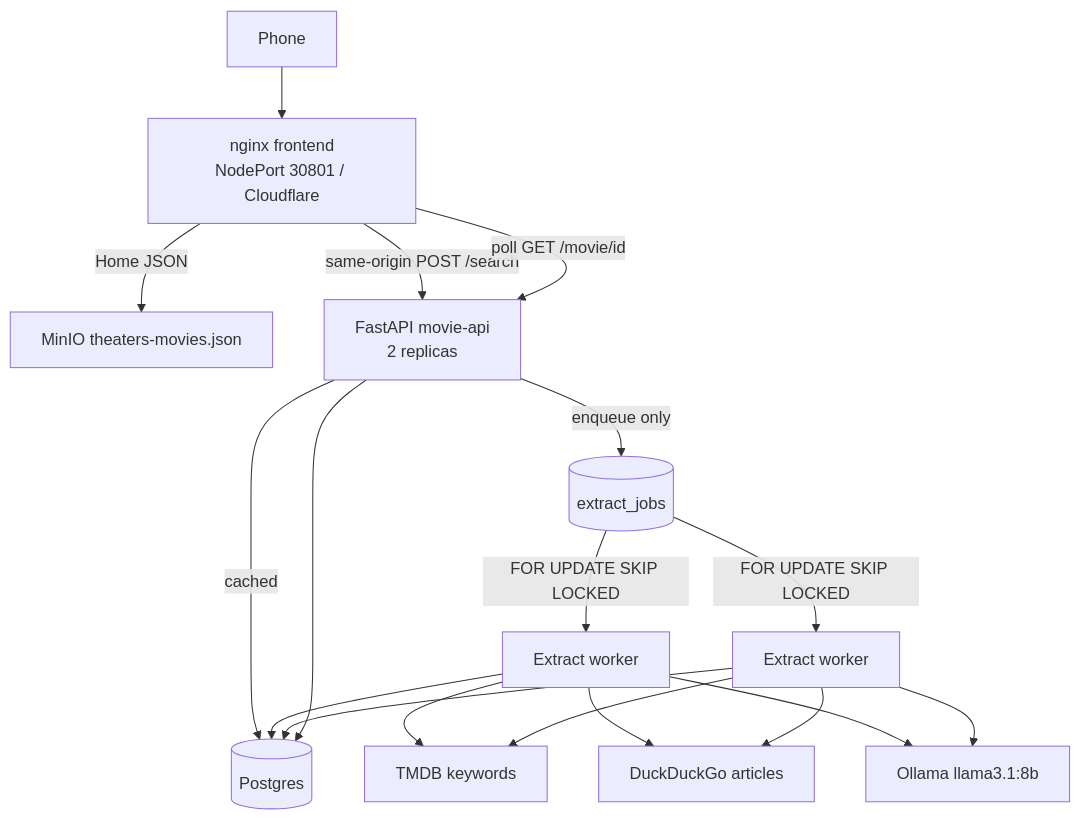
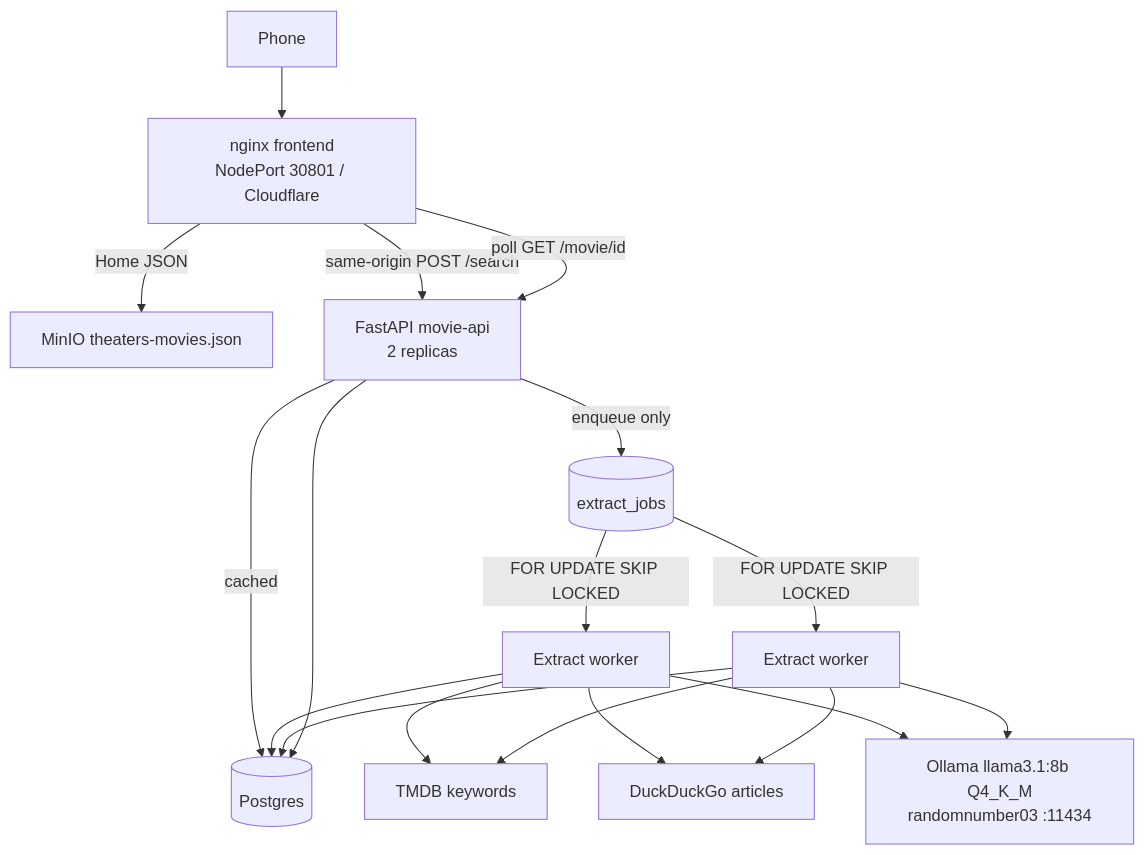
Before and after one commit to hash167/movie-postcredits: the diagram in README.md, drawn with Mermaid. The commit also changed other lines of this file, not shown here.

Commit message:
Document prod Ollama llama3.1:8b on randomnumber03

````diff
--- a/README.md
+++ b/README.md
@@ -60,20 +62,20 @@
 ```mermaid
 flowchart TD
   phone[Phone] --> fe[nginx frontend<br/>NodePort 30801 / Cloudflare]
   fe -->|Home JSON| minio[MinIO theaters-movies.json]
   fe -->|same-origin POST /search| api[FastAPI movie-api<br/>2 replicas]
   api -->|cached| pg[(Postgres)]
   api -->|enqueue only| jobs[(extract_jobs)]
   jobs -->|FOR UPDATE SKIP LOCKED| w1[Extract worker]
   jobs -->|FOR UPDATE SKIP LOCKED| w2[Extract worker]
   w1 --> tmdb[TMDB keywords]
   w2 --> tmdb
   w1 --> articles[DuckDuckGo articles]
   w2 --> articles
-  w1 --> ollama[Ollama llama3.1:8b]
+  w1 --> ollama[Ollama llama3.1:8b Q4_K_M<br/>randomnumber03 :11434]
   w2 --> ollama
   w1 --> pg
   w2 --> pg
   fe -->|poll GET /movie/id| api
   api --> pg
 ```
````
